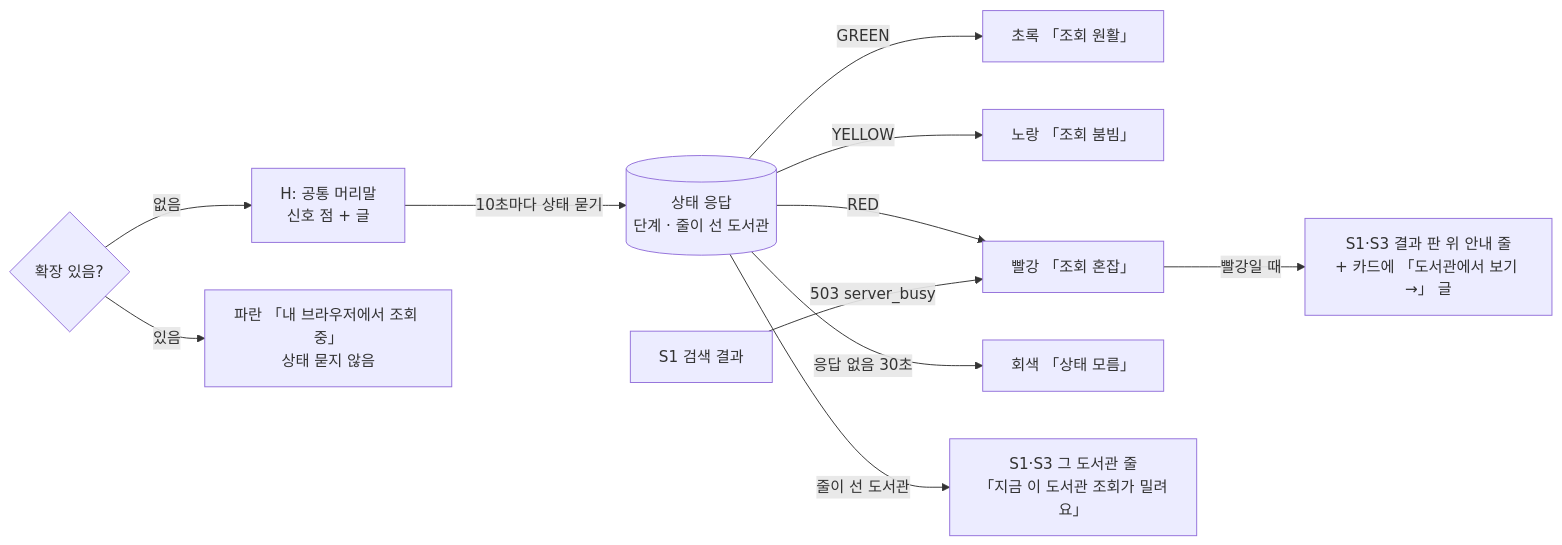
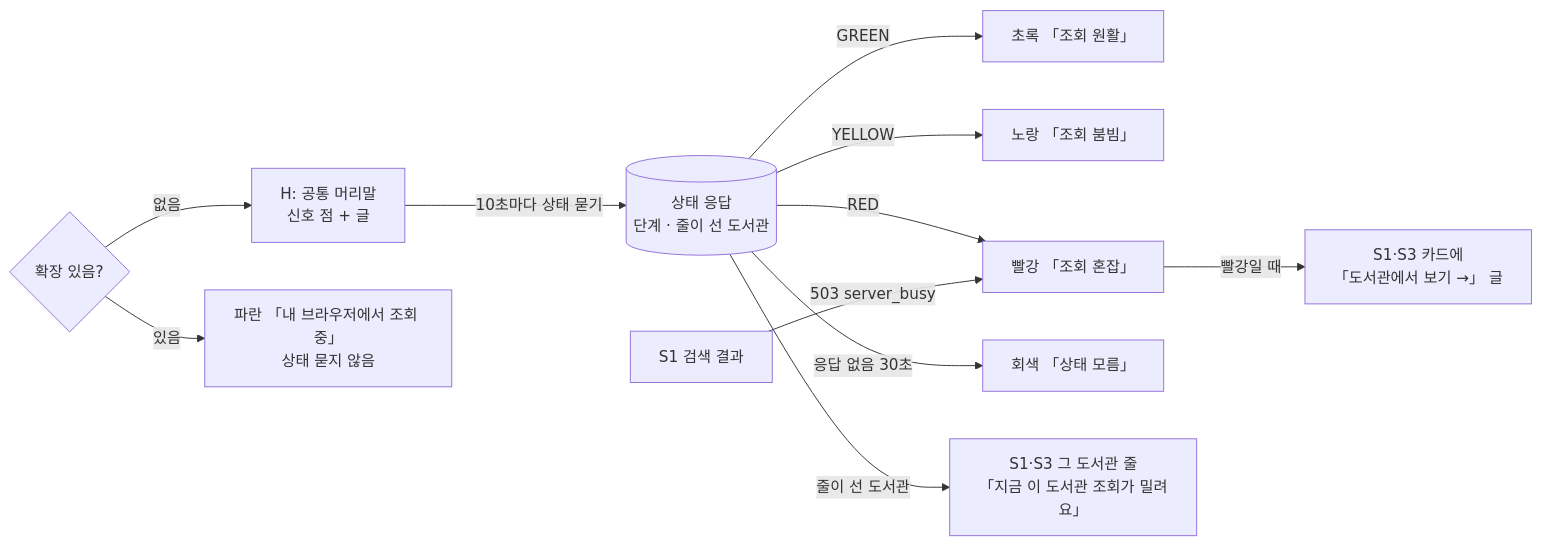
The first of 2 diagrams in docs/cycles/20-lookup-status-and-extension/flow.md (hodu-sketch/chaekcheck-plan), drawn with Mermaid before and after one commit. The commit also changed other lines of this file and 2 other files, not shown here.

Commit message:
cycle 20 flow: 5 decisions applied; notice line removed everywhere (user); #7 card mock-up; #8 caching answer

````diff
--- a/docs/cycles/20-lookup-status-and-extension/flow.md
+++ b/docs/cycles/20-lookup-status-and-extension/flow.md
@@ -7,13 +7,13 @@
 ```mermaid
 flowchart LR
   H[H: 공통 머리말<br/>신호 점 + 글] -->|10초마다 상태 묻기| ST[(상태 응답<br/>단계 · 줄이 선 도서관)]
   ST -->|GREEN| Hg[초록 「조회 원활」]
   ST -->|YELLOW| Hy[노랑 「조회 붐빔」]
   ST -->|RED| Hr[빨강 「조회 혼잡」]
   ST -->|응답 없음 30초| Hx[회색 「상태 모름」]
   EXT{확장 있음?} -->|있음| Hb[파란 「내 브라우저에서 조회 중」<br/>상태 묻지 않음]
   EXT -->|없음| H
-  Hr -->|빨강일 때| S1n[S1·S3 결과 판 위 안내 줄<br/>+ 카드에 「도서관에서 보기 →」 글]
+  Hr -->|빨강일 때| S1n[S1·S3 카드에<br/>「도서관에서 보기 →」 글]
   ST -->|줄이 선 도서관| S1q[S1·S3 그 도서관 줄<br/>「지금 이 도서관 조회가 밀려요」]
   S1[S1 검색 결과] -->|503 server_busy| Hr
 ```
````
